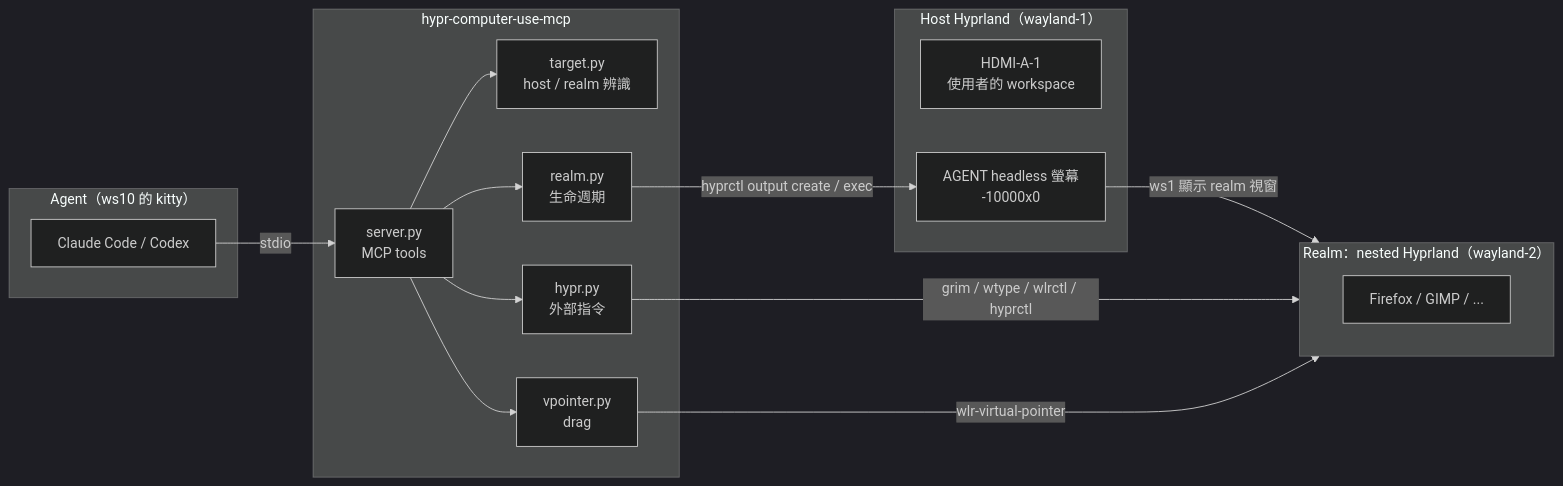
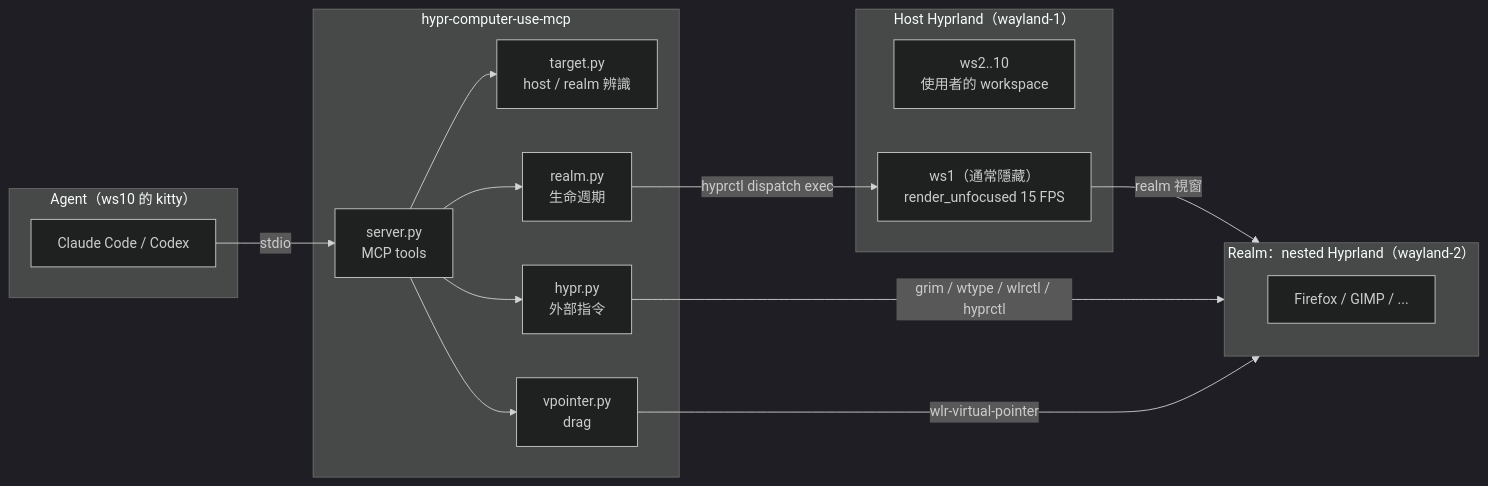
Before and after one commit to jason9075/hypr-computer-use-mcp: the first of 2 diagrams in docs/architecture.md, drawn with Mermaid (dark theme). The commit also changed other lines of this file and 10 other files, not shown here.

First line of the commit message:
perf: replace the headless monitor with render_unfocused (130% -> 4% CPU)

````diff
--- a/docs/architecture.md
+++ b/docs/architecture.md
@@ -5,27 +5,27 @@
 ```mermaid
 flowchart LR
   subgraph agent["Agent（ws10 的 kitty）"]
     CC[Claude Code / Codex]
   end
   subgraph server["hypr-computer-use-mcp"]
     S[server.py<br/>MCP tools]
     T[target.py<br/>host / realm 辨識]
     R[realm.py<br/>生命週期]
     H[hypr.py<br/>外部指令]
     V[vpointer.py<br/>drag]
   end
   subgraph host["Host Hyprland（wayland-1）"]
-    HDMI[HDMI-A-1<br/>使用者的 workspace]
-    AGENT[AGENT headless 螢幕<br/>-10000x0]
+    HDMI[ws2..10<br/>使用者的 workspace]
+    WS1[ws1（通常隱藏）<br/>render_unfocused 15 FPS]
   end
   subgraph realm["Realm：nested Hyprland（wayland-2）"]
     APP[Firefox / GIMP / ...]
   end
 
   CC -- stdio --> S
   S --> T & R & H & V
-  R -- hyprctl output create / exec --> AGENT
-  AGENT -- ws1 顯示 realm 視窗 --> realm
+  R -- hyprctl dispatch exec --> WS1
+  WS1 -- realm 視窗 --> realm
   H -- grim / wtype / wlrctl / hyprctl --> realm
   V -- wlr-virtual-pointer --> realm
 ```
````
